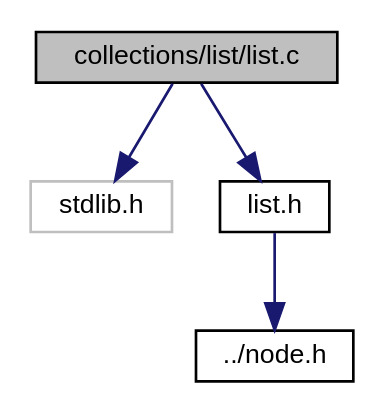
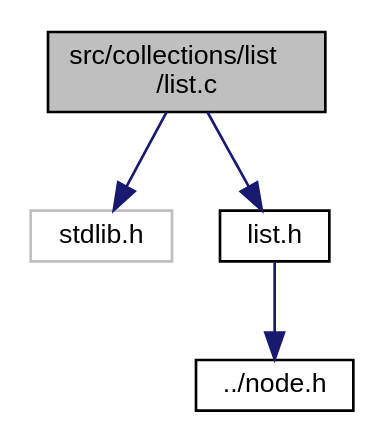
One commit to N1ghtF1re/C-Collections changed the diagram in docs/docspages/list_8c__incl.dot. Above: the diagram before and after it, drawn with Graphviz. The commit also changed 174 other files, not shown here.

```diff
--- a/docs/docspages/list_8c__incl.dot
+++ b/docs/docspages/list_8c__incl.dot
@@ -1,12 +1,12 @@
-digraph "collections/list/list.c"
+digraph "src/collections/list/list.c"
 {
   edge [fontname="Helvetica",fontsize="10",labelfontname="Helvetica",labelfontsize="10"];
   node [fontname="Helvetica",fontsize="10",shape=record];
-  Node0 [label="collections/list/list.c",height=0.2,width=0.4,color="black", fillcolor="grey75", style="filled", fontcolor="black"];
+  Node0 [label="src/collections/list\l/list.c",height=0.2,width=0.4,color="black", fillcolor="grey75", style="filled", fontcolor="black"];
   Node0 -> Node1 [color="midnightblue",fontsize="10",style="solid",fontname="Helvetica"];
   Node1 [label="stdlib.h",height=0.2,width=0.4,color="grey75", fillcolor="white", style="filled"];
   Node0 -> Node2 [color="midnightblue",fontsize="10",style="solid",fontname="Helvetica"];
   Node2 [label="list.h",height=0.2,width=0.4,color="black", fillcolor="white", style="filled",URL="$list_8h.html",tooltip="File containing interface of List. "];
   Node2 -> Node3 [color="midnightblue",fontsize="10",style="solid",fontname="Helvetica"];
   Node3 [label="../node.h",height=0.2,width=0.4,color="black", fillcolor="white", style="filled",URL="$node_8h.html"];
 }
```
